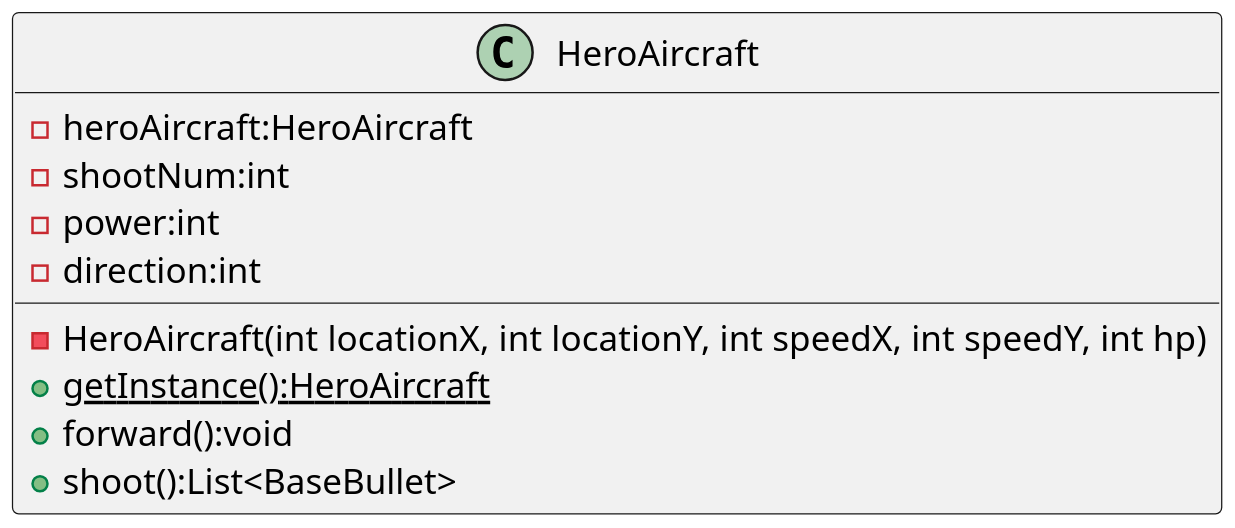
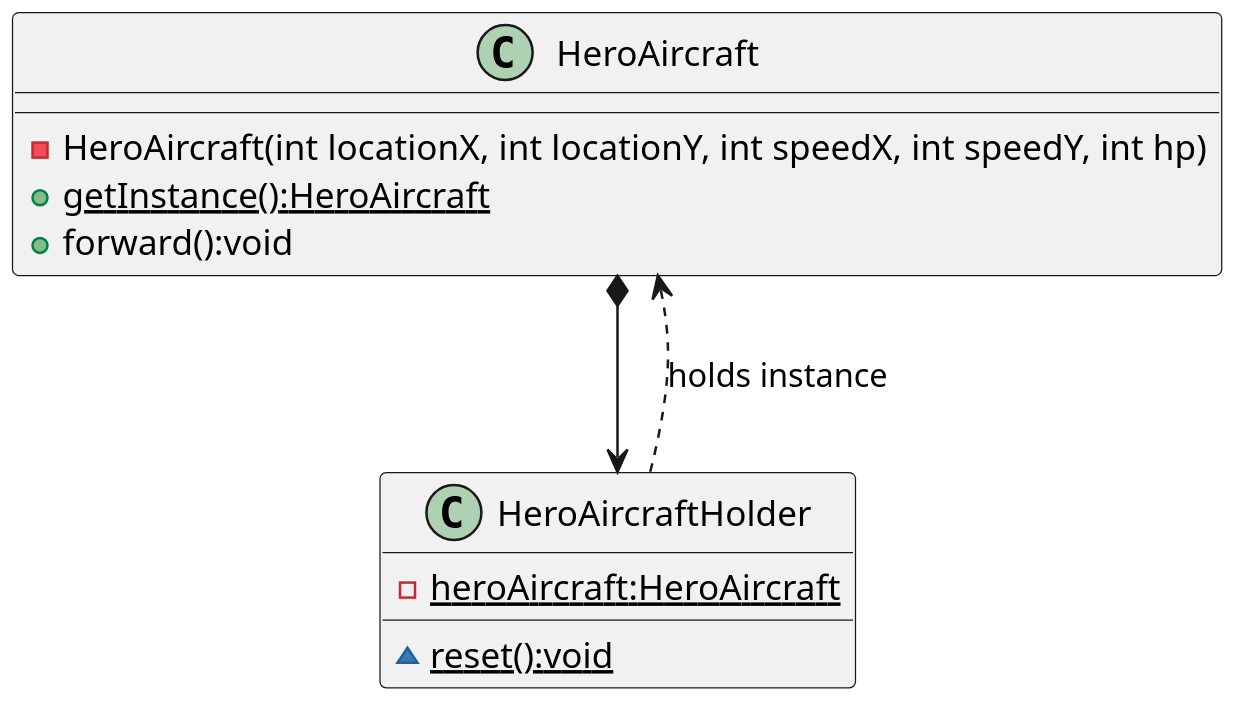
One commit to SymmFz/OOP-AircraftWar-Practice changed the diagram in uml/HeroAircraft.puml. Above: the diagram before and after it, drawn with PlantUML. The commit also changed 5 other files, not shown here.

```diff
--- a/uml/HeroAircraft.puml
+++ b/uml/HeroAircraft.puml
@@ -1,17 +1,20 @@
 @startuml
 'https://plantuml.com/class-diagram
 
 scale 2
 
 class HeroAircraft {
-    - heroAircraft:HeroAircraft
-    - shootNum:int
-    - power:int
-    - direction:int
     - HeroAircraft(int locationX, int locationY, int speedX, int speedY, int hp)
     + {static} getInstance():HeroAircraft
     + forward():void
-    + shoot():List<BaseBullet>
 }
 
+class HeroAircraftHolder {
+    - {static} heroAircraft:HeroAircraft
+    ~ {static} reset():void
+}
+
+HeroAircraft *--> HeroAircraftHolder
+HeroAircraftHolder .[norank].> HeroAircraft : holds instance
+
 @enduml
```
